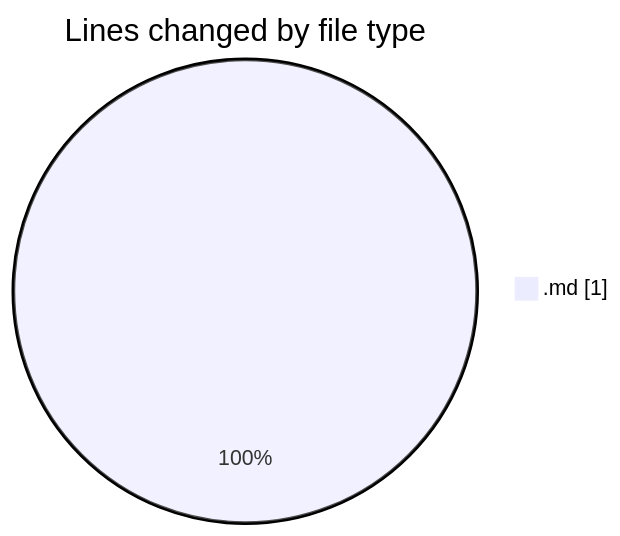
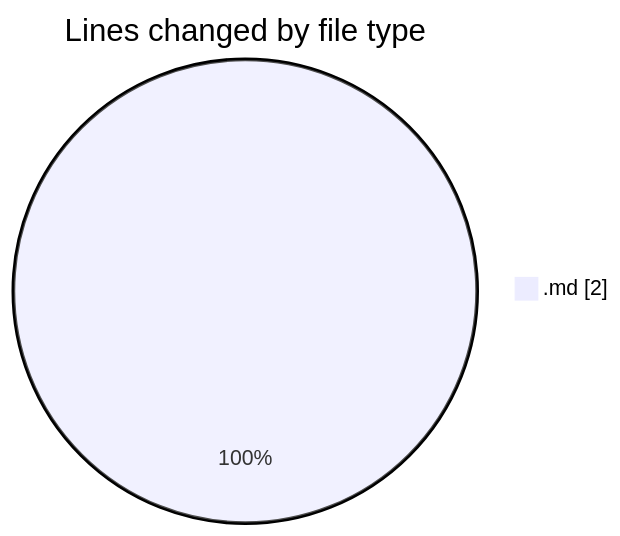
The first of 2 diagrams in 2025-07-17/urlwebwala_intership_work/README.md (Ritupan-Deka/code-tracking), drawn with Mermaid before and after one commit. The commit also changed other lines of this file and 1 other file, not shown here.

````diff
--- a/2025-07-17/urlwebwala_intership_work/README.md
+++ b/2025-07-17/urlwebwala_intership_work/README.md
@@ -20,5 +20,5 @@
 ```mermaid
 pie showData
 title Lines changed by file type
-".md" : 1
+".md" : 2
 ```
````
